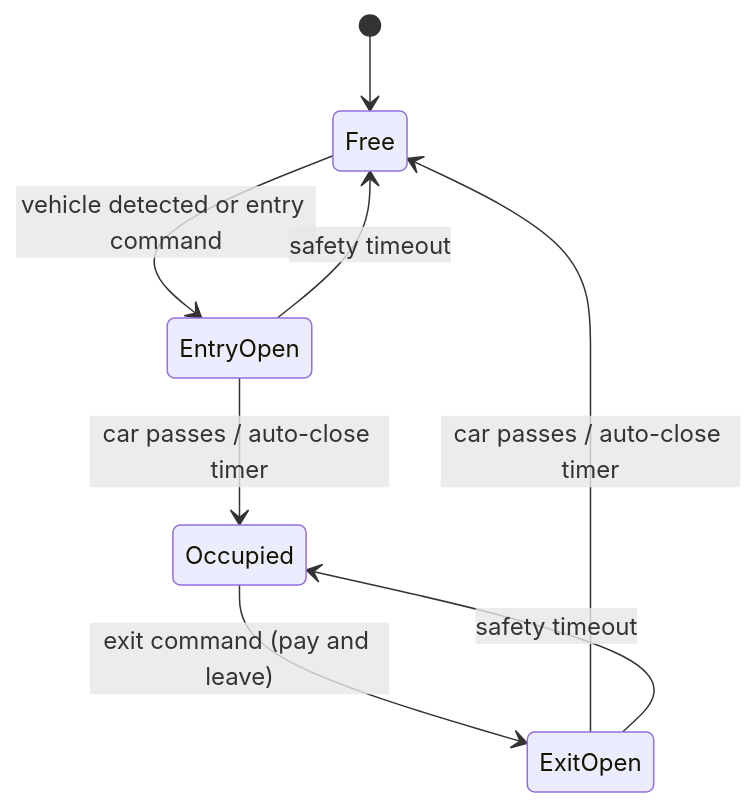
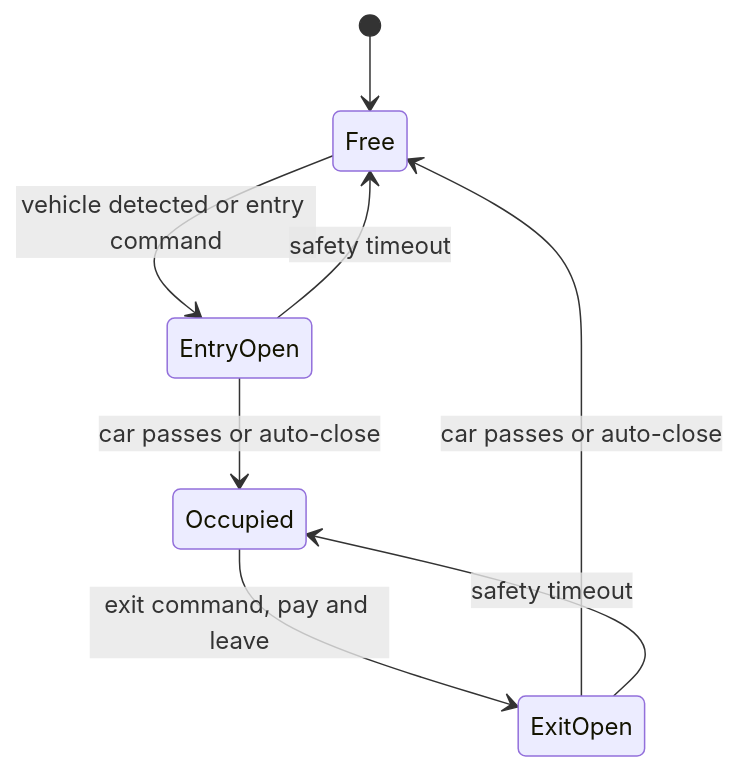
Before and after one commit to sant-mell/smart-parking-iot: the second of 2 diagrams in README.md, drawn with Mermaid. The commit also changed other lines of this file, not shown here.

Commit message:
Harden Mermaid diagram syntax for reliable GitHub rendering

````diff
--- a/README.md
+++ b/README.md
@@ -50,10 +47,10 @@
 ```mermaid
 stateDiagram-v2
     [*] --> Free
     Free --> EntryOpen: vehicle detected or entry command
-    EntryOpen --> Occupied: car passes / auto-close timer
-    Occupied --> ExitOpen: exit command (pay and leave)
-    ExitOpen --> Free: car passes / auto-close timer
+    EntryOpen --> Occupied: car passes or auto-close
+    Occupied --> ExitOpen: exit command, pay and leave
+    ExitOpen --> Free: car passes or auto-close
     EntryOpen --> Free: safety timeout
     ExitOpen --> Occupied: safety timeout
 ```
````
